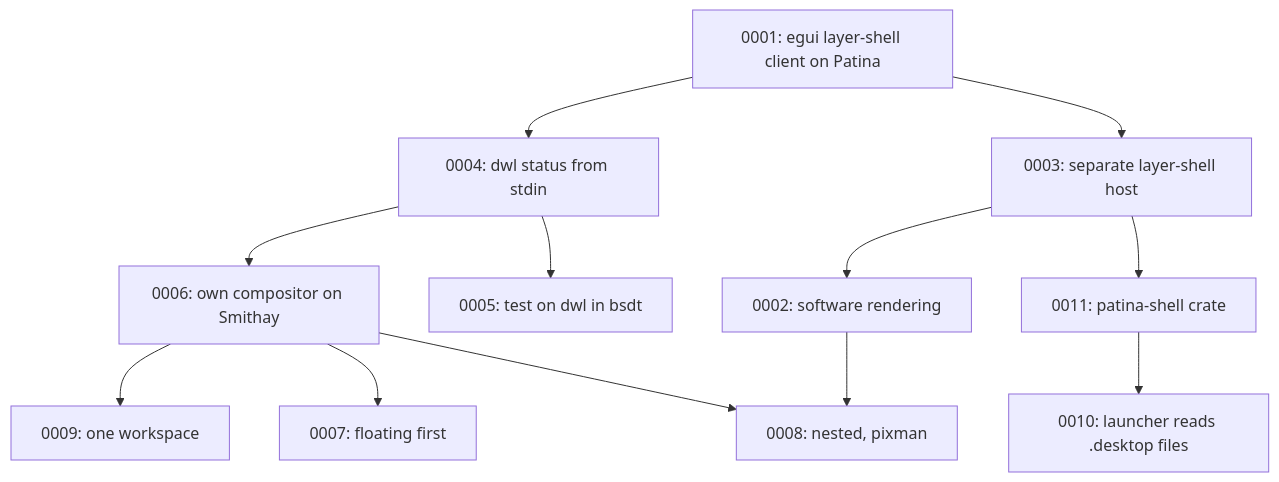
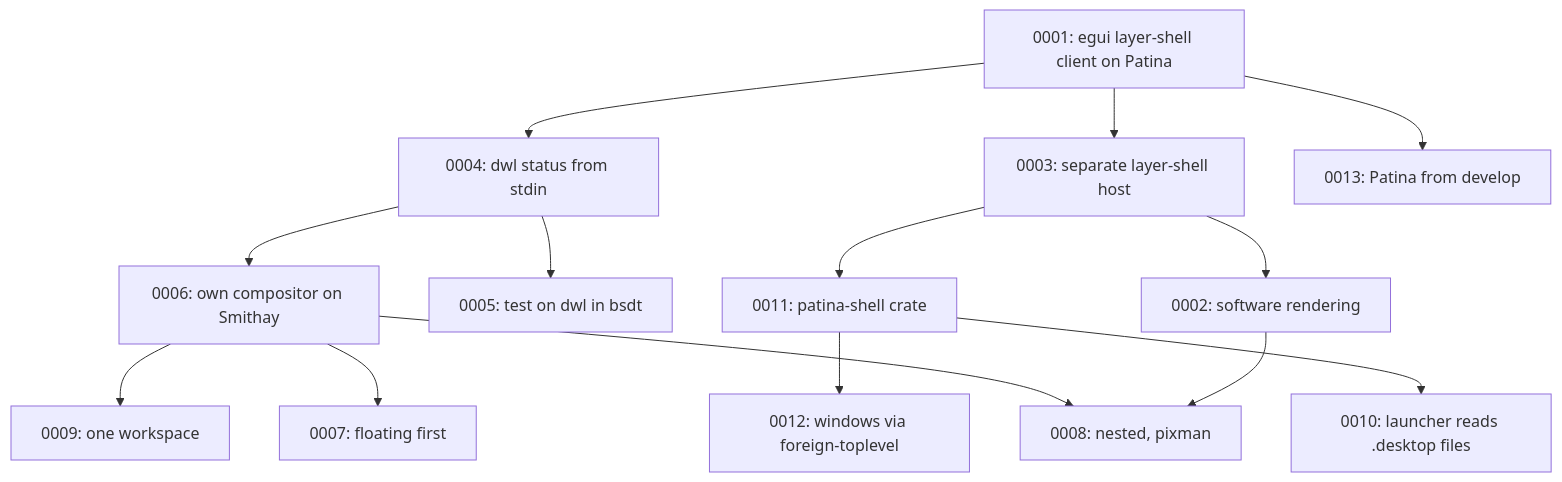
The diagram in docs/adr/README.md (Sector-F-Labs/patina-desktop), drawn with Mermaid before and after one commit. The commit also changed other lines of this file and 18 other files, not shown here.

First line of the commit message:
List the open windows as Patina tabs beside the launcher button

````diff
--- a/docs/adr/README.md
+++ b/docs/adr/README.md
@@ -59,14 +61,16 @@
 ```mermaid
 flowchart TD
     A[0001: egui layer-shell client on Patina] --> B[0003: separate layer-shell host]
     B --> C[0002: software rendering]
     A --> D[0004: dwl status from stdin]
     D --> E[0005: test on dwl in bsdt]
     D --> F[0006: own compositor on Smithay]
     F --> G[0007: floating first]
     F --> H[0008: nested, pixman]
     C --> H
     F --> I[0009: one workspace]
     B --> K[0011: patina-shell crate]
     K --> J[0010: launcher reads .desktop files]
+    K --> L[0012: windows via foreign-toplevel]
+    A --> M[0013: Patina from develop]
 ```
````
